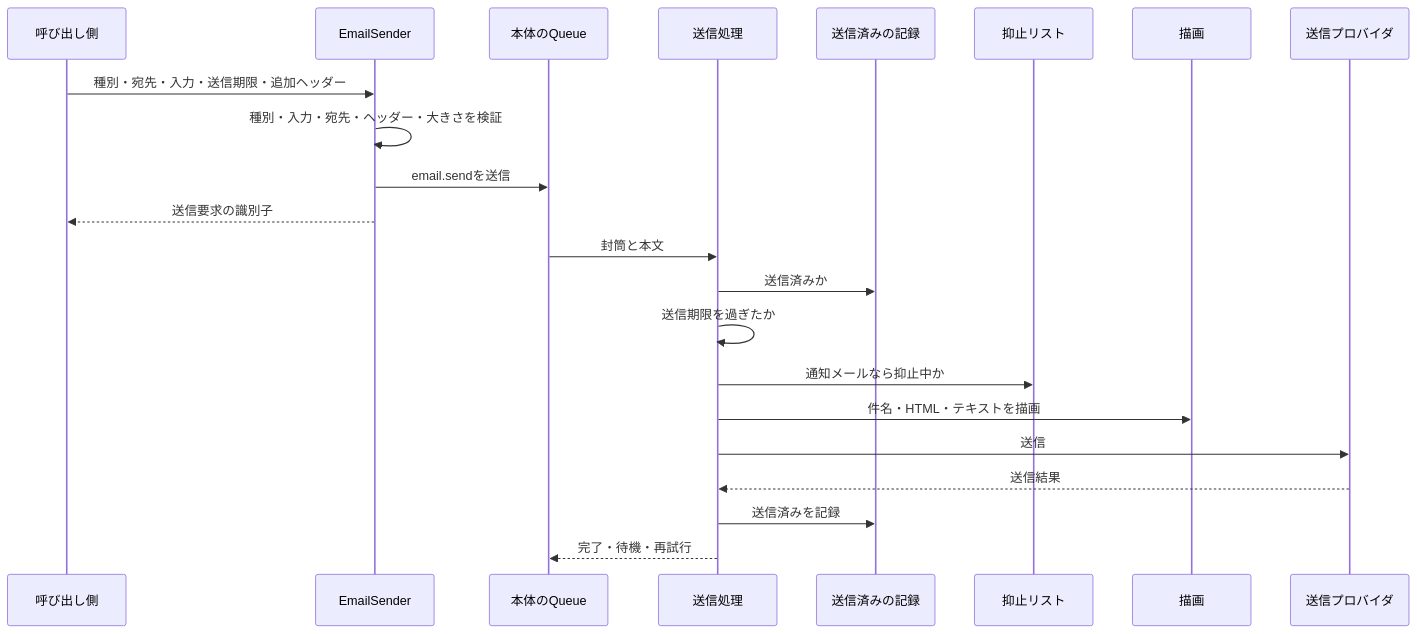
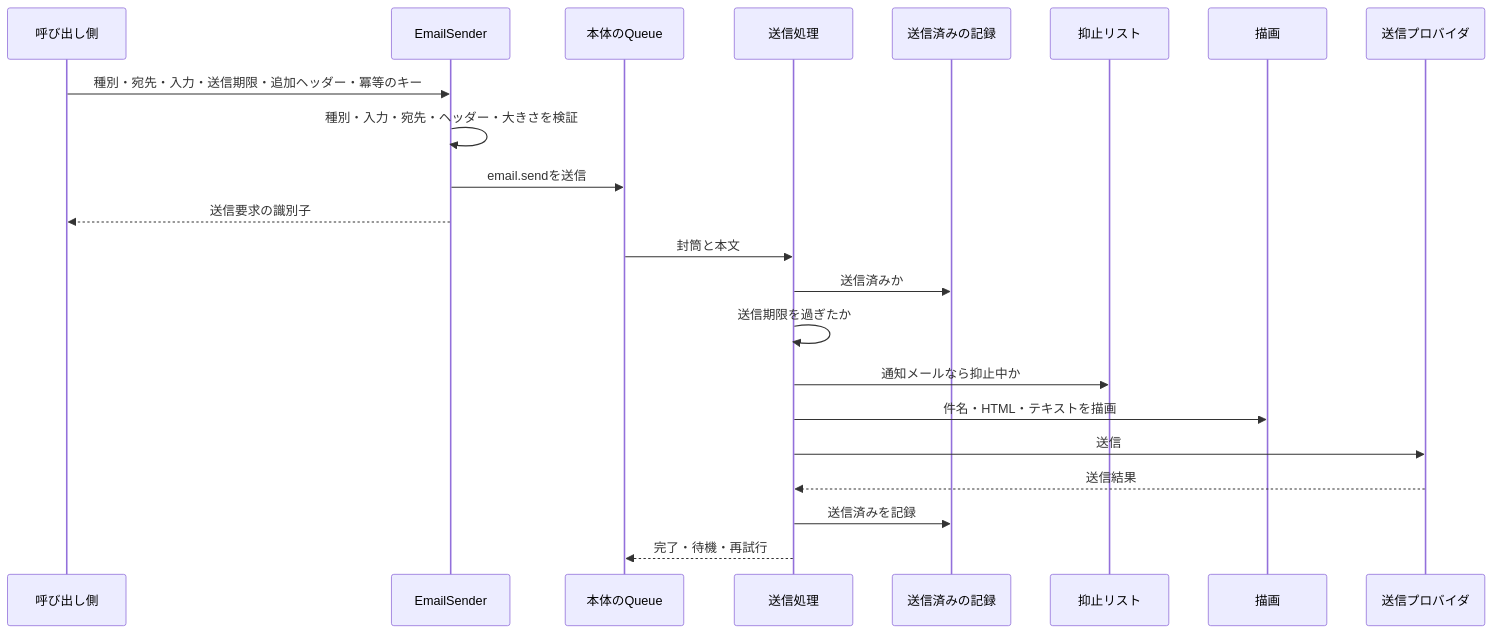
Before and after one commit to kurachiweb/genai-example-2-launch-platform: the diagram in docs/GUIDES/tech/external/001-email-sending.md, drawn with Mermaid. The commit also changed other lines of this file and 22 other files, not shown here.

````diff
--- a/docs/GUIDES/tech/external/001-email-sending.md
+++ b/docs/GUIDES/tech/external/001-email-sending.md
@@ -69,24 +70,24 @@
 ```mermaid
 sequenceDiagram
     participant C as 呼び出し側
     participant S as EmailSender
     participant Q as 本体のQueue
     participant H as 送信処理
     participant R as 送信済みの記録
     participant L as 抑止リスト
     participant N as 描画
     participant P as 送信プロバイダ
-    C->>S: 種別・宛先・入力・送信期限・追加ヘッダー
+    C->>S: 種別・宛先・入力・送信期限・追加ヘッダー・冪等のキー
     S->>S: 種別・入力・宛先・ヘッダー・大きさを検証
     S->>Q: email.sendを送信
     S-->>C: 送信要求の識別子
     Q->>H: 封筒と本文
     H->>R: 送信済みか
     H->>H: 送信期限を過ぎたか
     H->>L: 通知メールなら抑止中か
     H->>N: 件名・HTML・テキストを描画
     H->>P: 送信
     P-->>H: 送信結果
     H->>R: 送信済みを記録
     H-->>Q: 完了・待機・再試行
 ```
````
